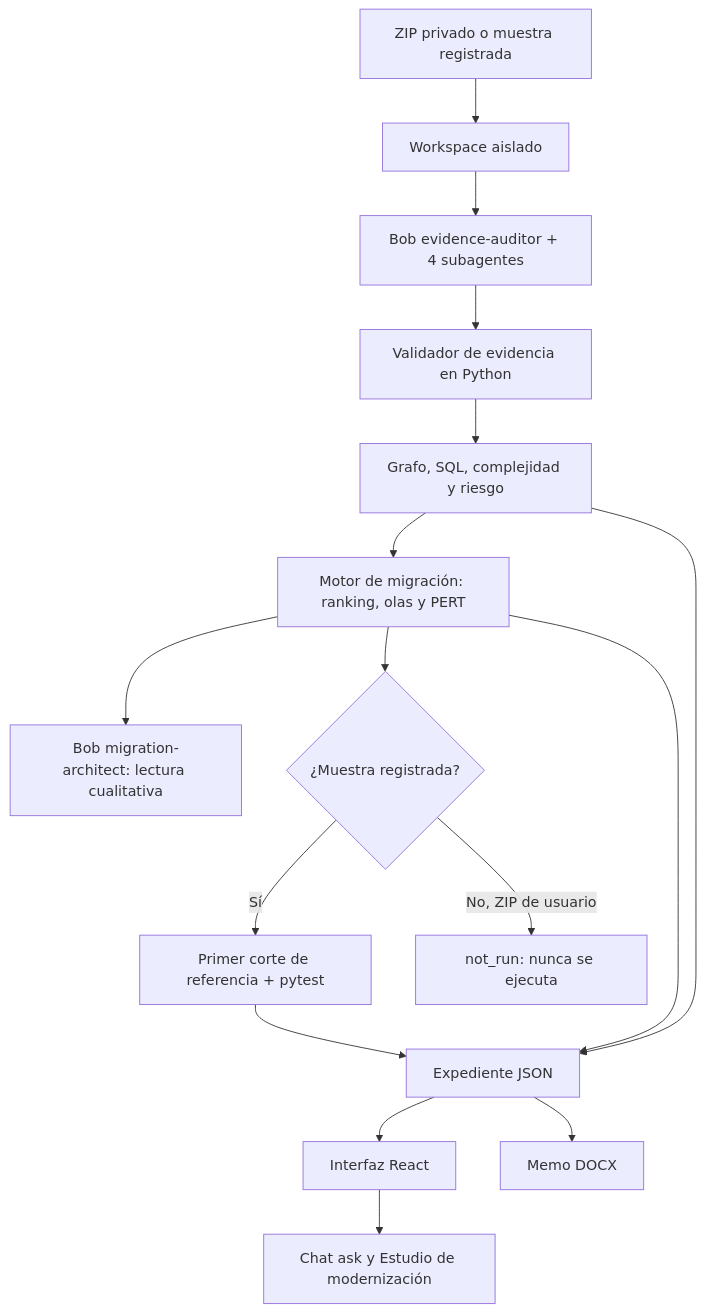
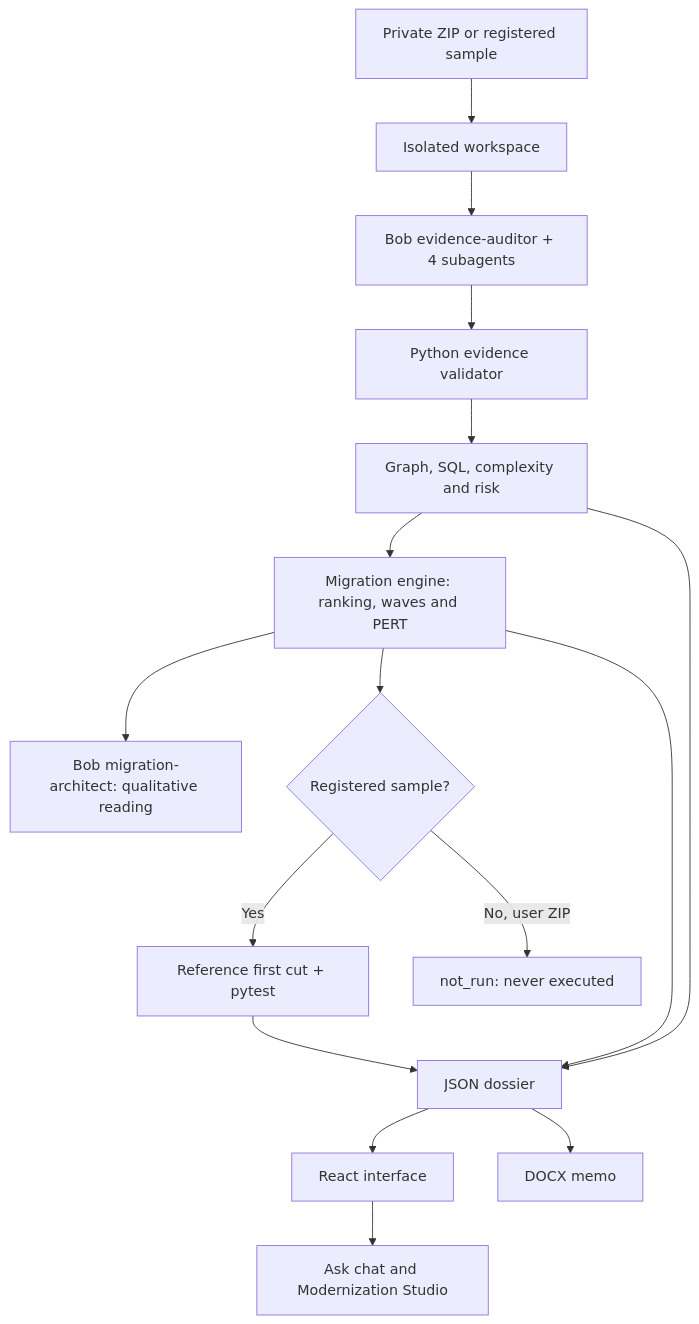
Before and after one commit to JeanCarlos14301/CodeArchaeologist-AI-x-BOB-2.0: the diagram in README.md, drawn with Mermaid. The commit also changed other lines of this file and 77 other files, not shown here.

````diff
--- a/README.md
+++ b/README.md
@@ -87,16 +85,16 @@
 ```mermaid
 flowchart TD
-    A[ZIP privado o muestra registrada] --> B[Workspace aislado]
-    B --> C[Bob evidence-auditor + 4 subagentes]
-    C --> D[Validador de evidencia en Python]
-    D --> E[Grafo, SQL, complejidad y riesgo]
-    E --> F[Motor de migración: ranking, olas y PERT]
-    F --> G[Bob migration-architect: lectura cualitativa]
-    F --> H{¿Muestra registrada?}
-    H -->|Sí| I[Primer corte de referencia + pytest]
-    H -->|No, ZIP de usuario| J[not_run: nunca se ejecuta]
-    E & F & I --> K[Expediente JSON]
-    K --> L[Interfaz React]
-    K --> M[Memo DOCX]
-    L --> N[Chat ask y Estudio de modernización]
+    A[Private ZIP or registered sample] --> B[Isolated workspace]
+    B --> C[Bob evidence-auditor + 4 subagents]
+    C --> D[Python evidence validator]
+    D --> E[Graph, SQL, complexity and risk]
+    E --> F[Migration engine: ranking, waves and PERT]
+    F --> G[Bob migration-architect: qualitative reading]
+    F --> H{Registered sample?}
+    H -->|Yes| I[Reference first cut + pytest]
+    H -->|No, user ZIP| J[not_run: never executed]
+    E & F & I --> K[JSON dossier]
+    K --> L[React interface]
+    K --> M[DOCX memo]
+    L --> N[Ask chat and Modernization Studio]
 ```
````
